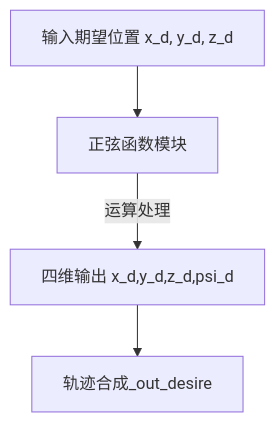
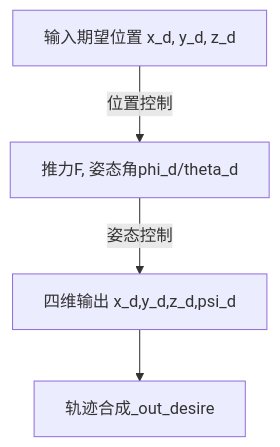
Before and after one commit to chao-8xx/stackedit-app-data: the second of 2 diagrams in 四旋翼无人机轨迹三维跟踪控制.md, drawn with Mermaid. The commit also changed other lines of this file, not shown here.

Commit message:
四旋翼无人机轨迹三维跟踪控制.md updated from https://stackedit.cn/

````diff
--- a/四旋翼无人机轨迹三维跟踪控制.md
+++ b/四旋翼无人机轨迹三维跟踪控制.md
@@ -223,8 +223,8 @@
 ```mermaid
    graph TD
-    A[输入期望位置 x_d, y_d, z_d] --> B
-    B[正弦函数模块]
-    B --> |运算处理|D[四维输出 x_d,y_d,z_d,psi_d]
+    A[输入期望位置 x_d, y_d, z_d] --> |位置控制|C
+    C[推力F, 姿态角phi_d/theta_d]
+    C --> |姿态控制|D[四维输出 x_d,y_d,z_d,psi_d]
     D -->轨迹合成_out_desire
 	
 ```
````
